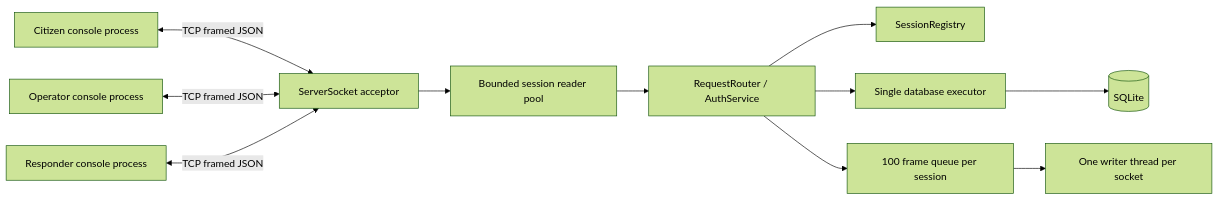
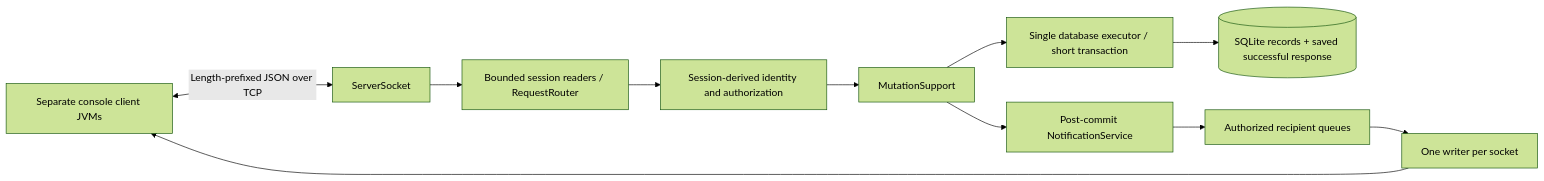
The diagram in docs/design/ARCHITECTURE.md (mhdAfrin/emergency-help-network), drawn with Mermaid (forest theme) before and after one commit. The commit also changed other lines of this file and 60 other files, not shown here.

````diff
--- a/docs/design/ARCHITECTURE.md
+++ b/docs/design/ARCHITECTURE.md
@@ -9,13 +7,13 @@
 ```mermaid
 flowchart LR
- C1[Citizen console process] <-->|TCP framed JSON| S[ServerSocket acceptor]
- C2[Operator console process] <-->|TCP framed JSON| S
- C3[Responder console process] <-->|TCP framed JSON| S
- S --> R[Bounded session reader pool]
- R --> A[RequestRouter / AuthService]
- A --> G[SessionRegistry]
- A --> D[Single database executor]
- D --> Q[(SQLite)]
- A --> O[100 frame queue per session]
- O --> W[One writer thread per socket]
+ C[Separate console client JVMs] <-->|Length-prefixed JSON over TCP| S[ServerSocket]
+ S --> R[Bounded session readers / RequestRouter]
+ R --> A[Session-derived identity and authorization]
+ A --> M[MutationSupport]
+ M --> D[Single database executor / short transaction]
+ D --> DB[(SQLite records + saved successful response)]
+ M --> N[Post-commit NotificationService]
+ N --> Q[Authorized recipient queues]
+ Q --> W[One writer per socket]
+ W --> C
 ```
````
